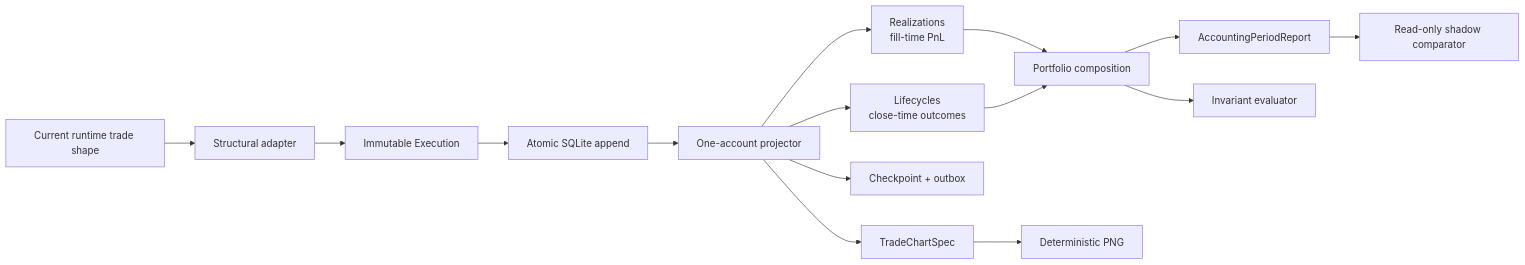
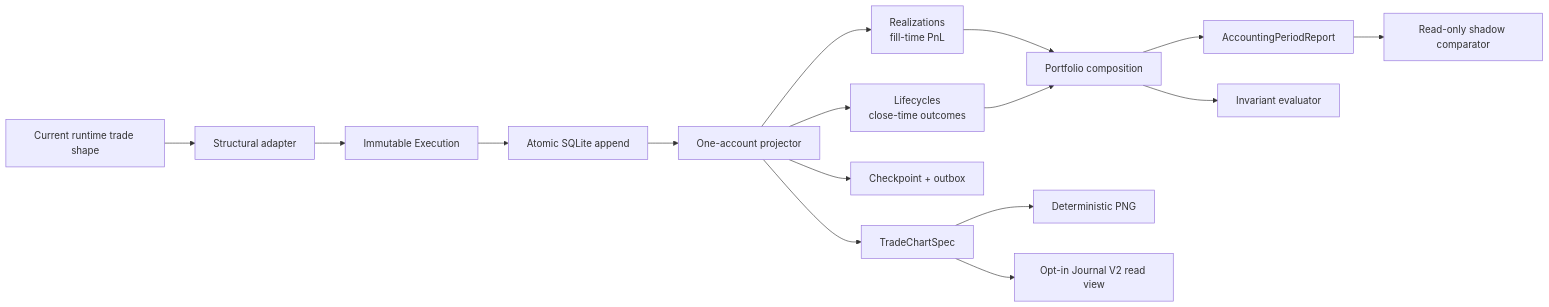
The diagram in architecture_v2/docs/IMPLEMENTATION_STATUS.md (nag-31/lighter-trade-bot), drawn with Mermaid before and after one commit. The commit also changed other lines of this file and 32 other files, not shown here.

Commit message:
feat: contextualize executions and finalize VM-ready architecture

````diff
--- a/architecture_v2/docs/IMPLEMENTATION_STATUS.md
+++ b/architecture_v2/docs/IMPLEMENTATION_STATUS.md
@@ -10,17 +11,18 @@
 ```mermaid
 flowchart LR
     RT["Current runtime trade shape"] --> AD["Structural adapter"]
     AD --> EX["Immutable Execution"]
     EX --> ST["Atomic SQLite append"]
     ST --> AP["One-account projector"]
     AP --> RL["Realizations<br/>fill-time PnL"]
     AP --> LC["Lifecycles<br/>close-time outcomes"]
     AP --> CP["Checkpoint + outbox"]
     RL --> PH["Portfolio composition"]
     LC --> PH
     PH --> RP["AccountingPeriodReport"]
     PH --> EV["Invariant evaluator"]
     RP --> SC["Read-only shadow comparator"]
     AP --> CS["TradeChartSpec"]
     CS --> PNG["Deterministic PNG"]
+    CS --> JR["Opt-in Journal V2 read view"]
 ```
````
